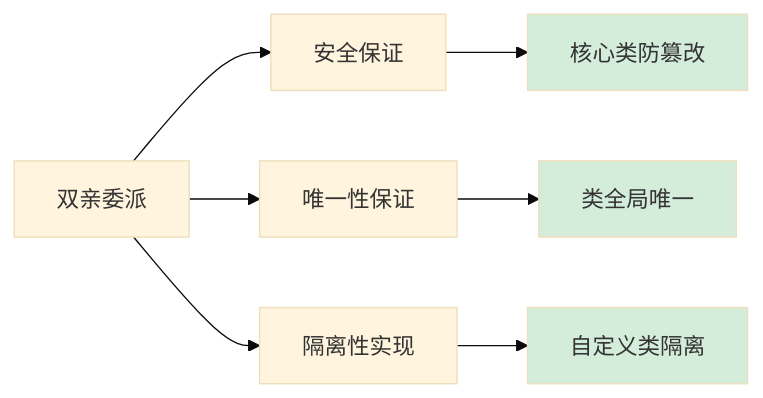
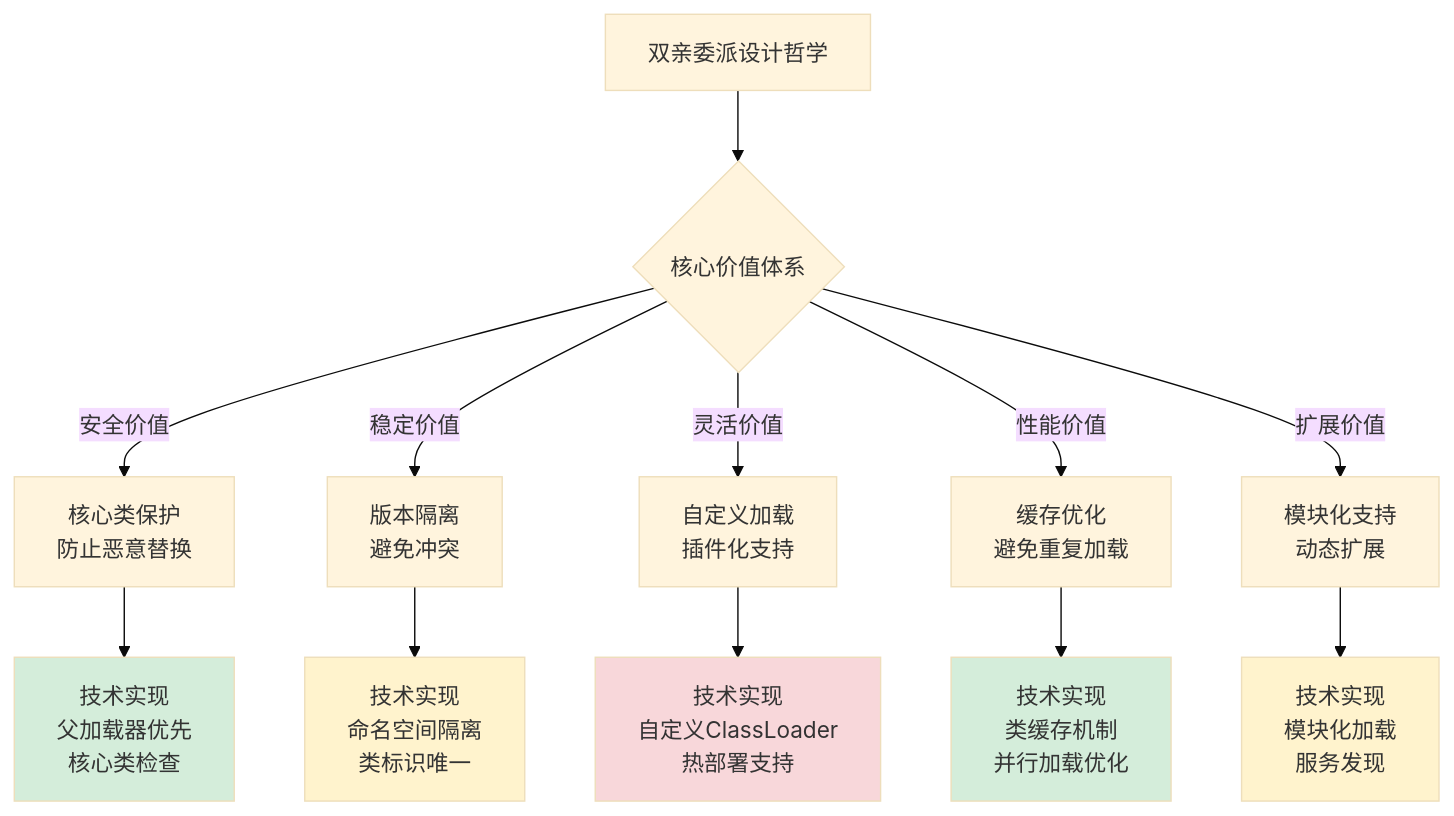
One commit to chongyang211/YCBookBlog changed the tenth of 30 diagrams in 00.通用技术的提升/02.程序编程原理/07.类的加载核心原理.md. Above: the diagram before and after it, drawn with Mermaid (base theme). The commit also changed other lines of this file and 5 other files, not shown here.

````diff
--- a/00.通用技术的提升/02.程序编程原理/07.类的加载核心原理.md
+++ b/00.通用技术的提升/02.程序编程原理/07.类的加载核心原理.md
@@ -292,14 +818,21 @@
 ```mermaid
-graph LR
-    A[双亲委派] --> B[安全保证]
-    A --> C[唯一性保证]
-    A --> D[隔离性实现]
+graph TB
+    A[双亲委派设计哲学] --> B{核心价值体系}
+    B -->|安全价值| C[核心类保护<br/>防止恶意替换]
+    B -->|稳定价值| D[版本隔离<br/>避免冲突]
+    B -->|灵活价值| E[自定义加载<br/>插件化支持]
+    B -->|性能价值| F[缓存优化<br/>避免重复加载]
+    B -->|扩展价值| G[模块化支持<br/>动态扩展]
     
-    B --> B1[核心类防篡改]
-    C --> C1[类全局唯一]
-    D --> D1[自定义类隔离]
+    C --> C1[技术实现<br/>父加载器优先<br/>核心类检查]
+    D --> D1[技术实现<br/>命名空间隔离<br/>类标识唯一]
+    E --> E1[技术实现<br/>自定义ClassLoader<br/>热部署支持]
+    F --> F1[技术实现<br/>类缓存机制<br/>并行加载优化]
+    G --> G1[技术实现<br/>模块化加载<br/>服务发现]
     
-    style B1 fill:#d4edda
     style C1 fill:#d4edda
-    style D1 fill:#d4edda
+    style D1 fill:#fff3cd
+    style E1 fill:#f8d7da
+    style F1 fill:#d4edda
+    style G1 fill:#fff3cd
 ```
````
